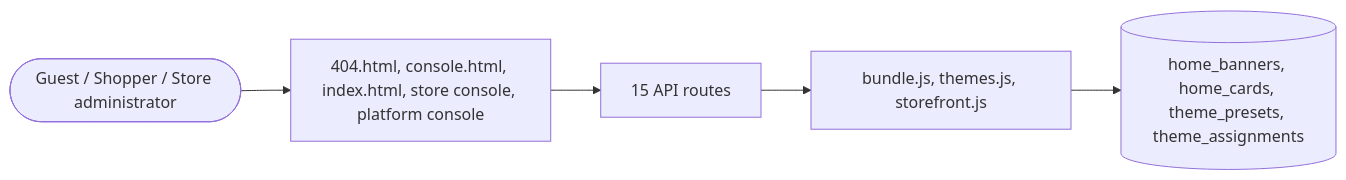
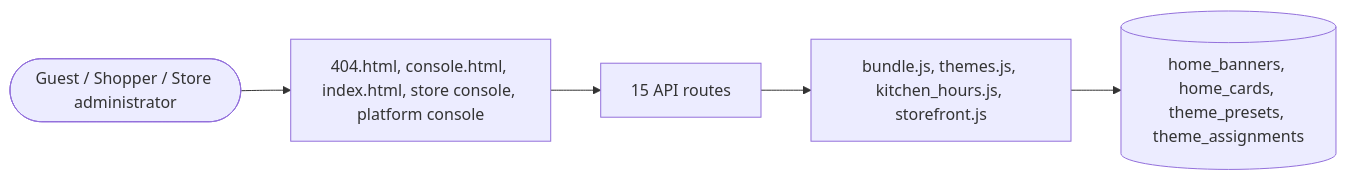
One commit to echelonxventures-Projects/universal-product changed the diagram in docs/domains/storefront.md. Above: the diagram before and after it, drawn with Mermaid. The commit also changed other lines of this file and 67 other files, not shown here.

````diff
--- a/docs/domains/storefront.md
+++ b/docs/domains/storefront.md
@@ -98,8 +107,8 @@
 ```mermaid
 flowchart LR
   U([Guest / Shopper / Store administrator]) --> UI[404.html, console.html, index.html, store console, platform console]
   UI --> API[15 API routes]
-  API --> ENG[bundle.js, themes.js, storefront.js]
+  API --> ENG[bundle.js, themes.js, kitchen_hours.js, storefront.js]
   ENG --> DB[(home_banners, home_cards, theme_presets, theme_assignments)]
 
 ```
````
